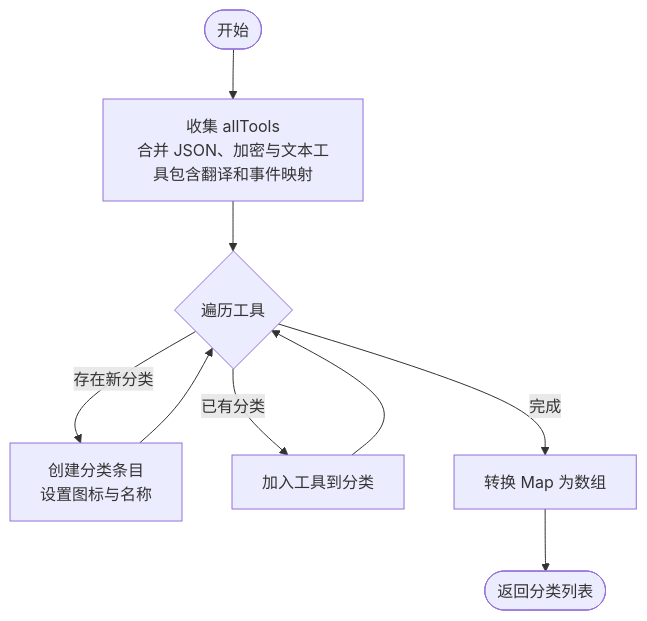
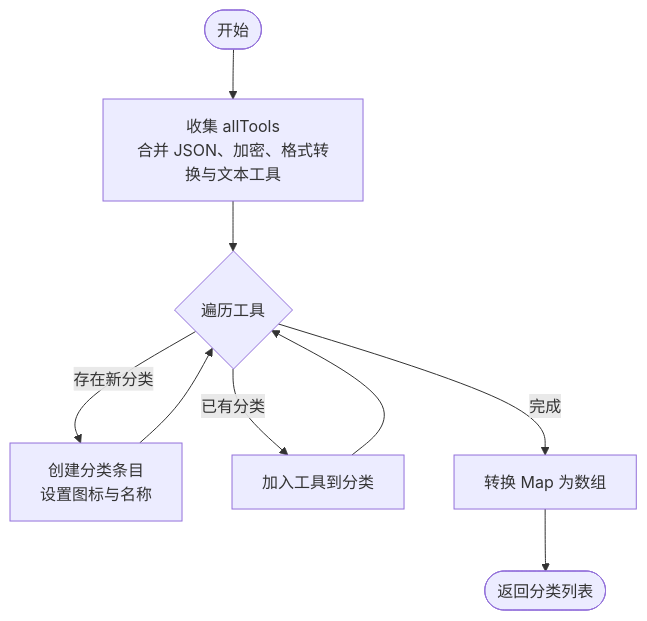
One commit to xkdaq/XKUtil changed the third of 11 diagrams in .qoder/repowiki/zh/content/工具系统/工具系统.md. Above: the diagram before and after it, drawn with Mermaid. The commit also changed other lines of this file and 3 other files, not shown here.

````diff
--- a/.qoder/repowiki/zh/content/工具系统/工具系统.md
+++ b/.qoder/repowiki/zh/content/工具系统/工具系统.md
@@ -232,11 +247,11 @@
 ```mermaid
 flowchart TD
-Start(["开始"]) --> Collect["收集 allTools<br/>合并 JSON、加密与文本工具包含翻译和事件映射"]
+Start(["开始"]) --> Collect["收集 allTools<br/>合并 JSON、加密、格式转换与文本工具"]
 Collect --> Iterate{"遍历工具"}
 Iterate --> |存在新分类| AddCat["创建分类条目<br/>设置图标与名称"]
 Iterate --> |已有分类| PushTool["加入工具到分类"]
 AddCat --> Iterate
 PushTool --> Iterate
 Iterate --> |完成| BuildList["转换 Map 为数组"]
 BuildList --> Return(["返回分类列表"])
 ```
````
